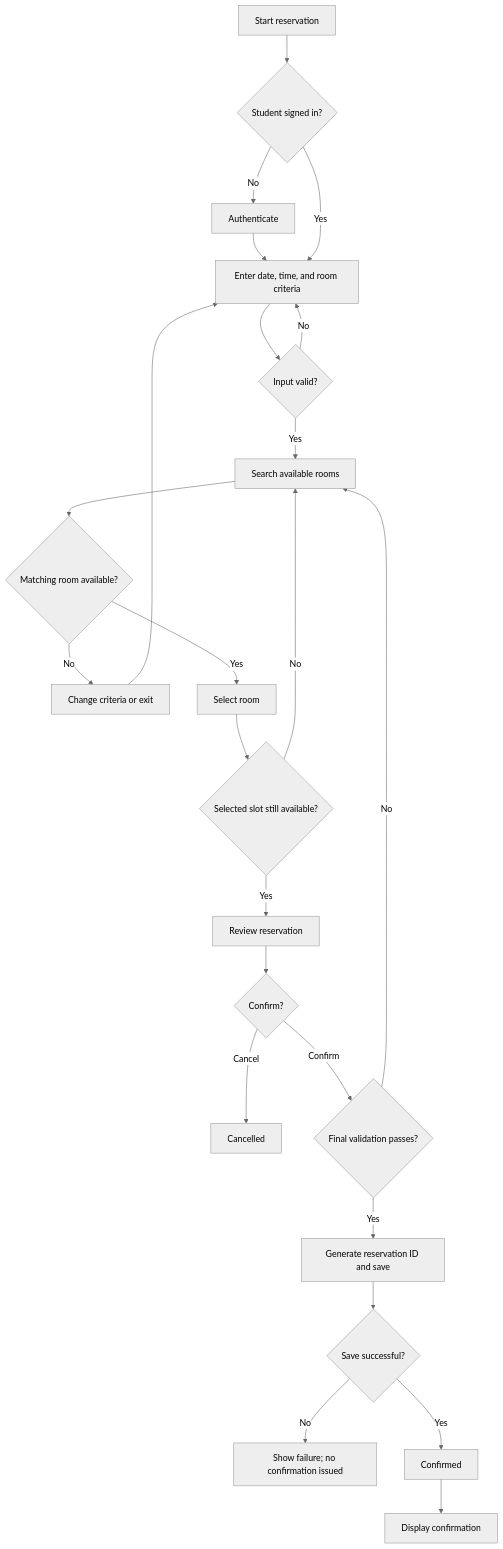
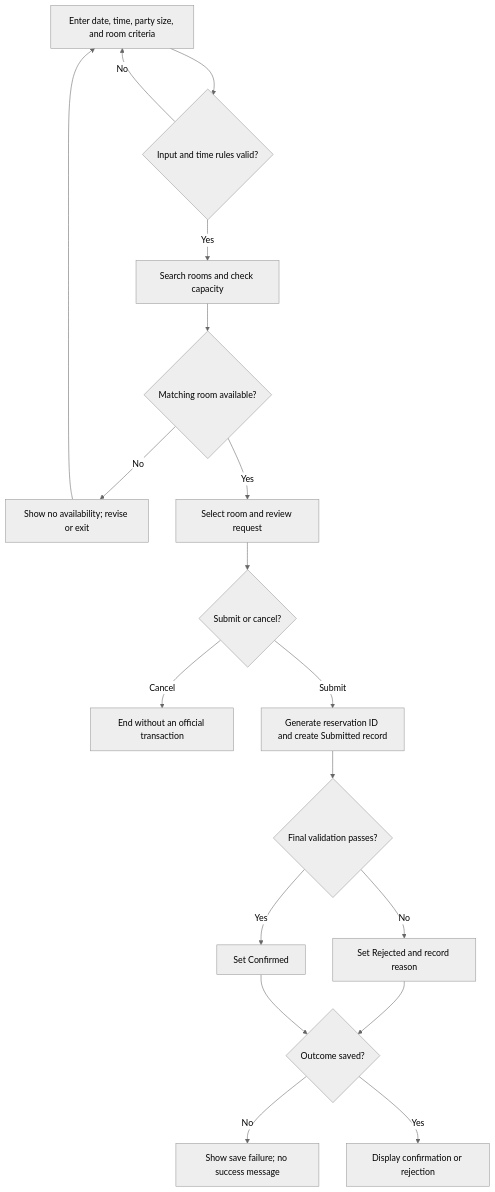
Before and after one commit to Abelvarg/mis3371-study-room-reservation: the diagram in docs/workflow-v1.md, drawn with Mermaid (neutral theme). The commit also changed other lines of this file and 4 other files, not shown here.

````diff
--- a/docs/workflow-v1.md
+++ b/docs/workflow-v1.md
@@ -8,26 +8,20 @@
 ```mermaid
 flowchart TD
-    A[Start reservation] --> B{Student signed in?}
-    B -- No --> C[Authenticate]
-    C --> D[Enter date, time, and room criteria]
-    B -- Yes --> D
-    D --> E{Input valid?}
-    E -- No --> D
-    E -- Yes --> F[Search available rooms]
-    F --> G{Matching room available?}
-    G -- No --> H[Change criteria or exit]
-    H --> D
-    G -- Yes --> I[Select room]
-    I --> J{Selected slot still available?}
-    J -- No --> F
-    J -- Yes --> K[Review reservation]
-    K --> L{Confirm?}
-    L -- Cancel --> M[Cancelled]
-    L -- Confirm --> N{Final validation passes?}
-    N -- No --> F
-    N -- Yes --> O[Generate reservation ID and save]
-    O --> P{Save successful?}
-    P -- No --> Q[Show failure; no confirmation issued]
-    P -- Yes --> R[Confirmed]
-    R --> S[Display confirmation]
+    A[Enter date, time, party size, and room criteria] --> B{Input and time rules valid?}
+    B -- No --> A
+    B -- Yes --> C[Search rooms and check capacity]
+    C --> D{Matching room available?}
+    D -- No --> E[Show no availability; revise or exit]
+    E --> A
+    D -- Yes --> F[Select room and review request]
+    F --> G{Submit or cancel?}
+    G -- Cancel --> H[End without an official transaction]
+    G -- Submit --> I[Generate reservation ID and create Submitted record]
+    I --> J{Final validation passes?}
+    J -- No --> K[Set Rejected and record reason]
+    J -- Yes --> L[Set Confirmed]
+    K --> M{Outcome saved?}
+    L --> M
+    M -- No --> N[Show save failure; no success message]
+    M -- Yes --> O[Display confirmation or rejection]
 ```
````
